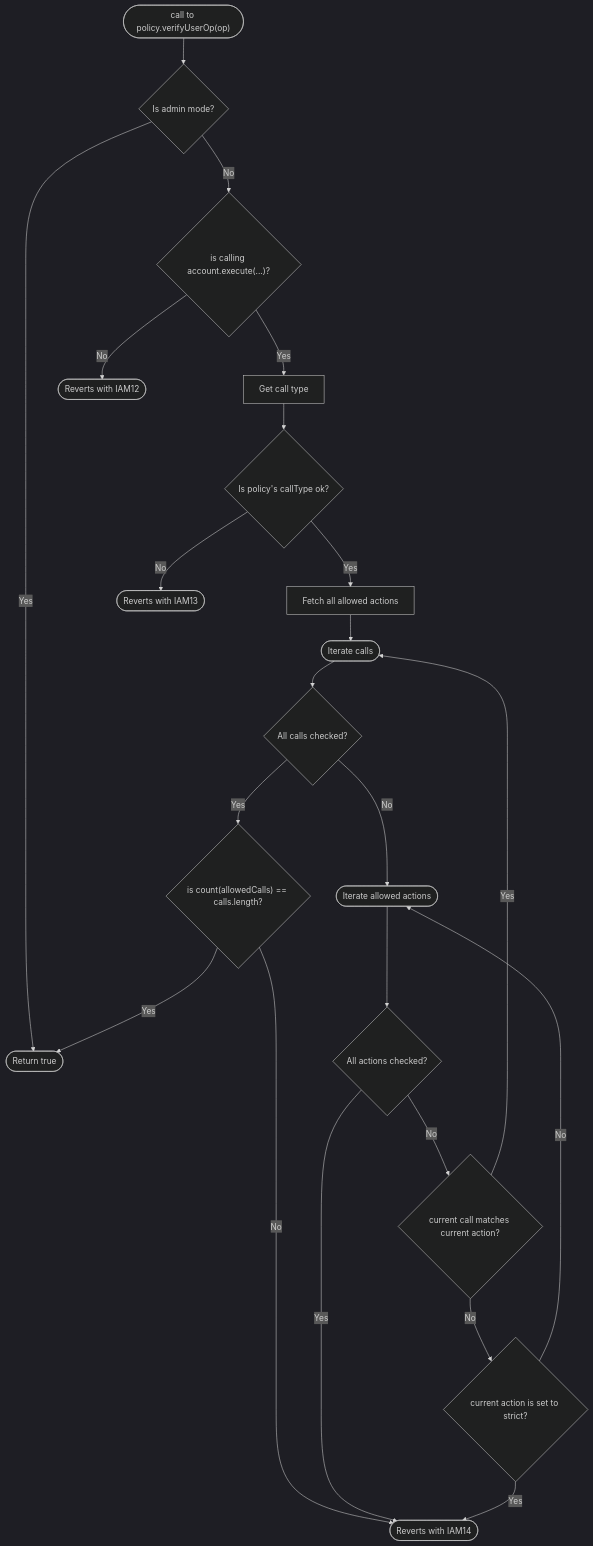
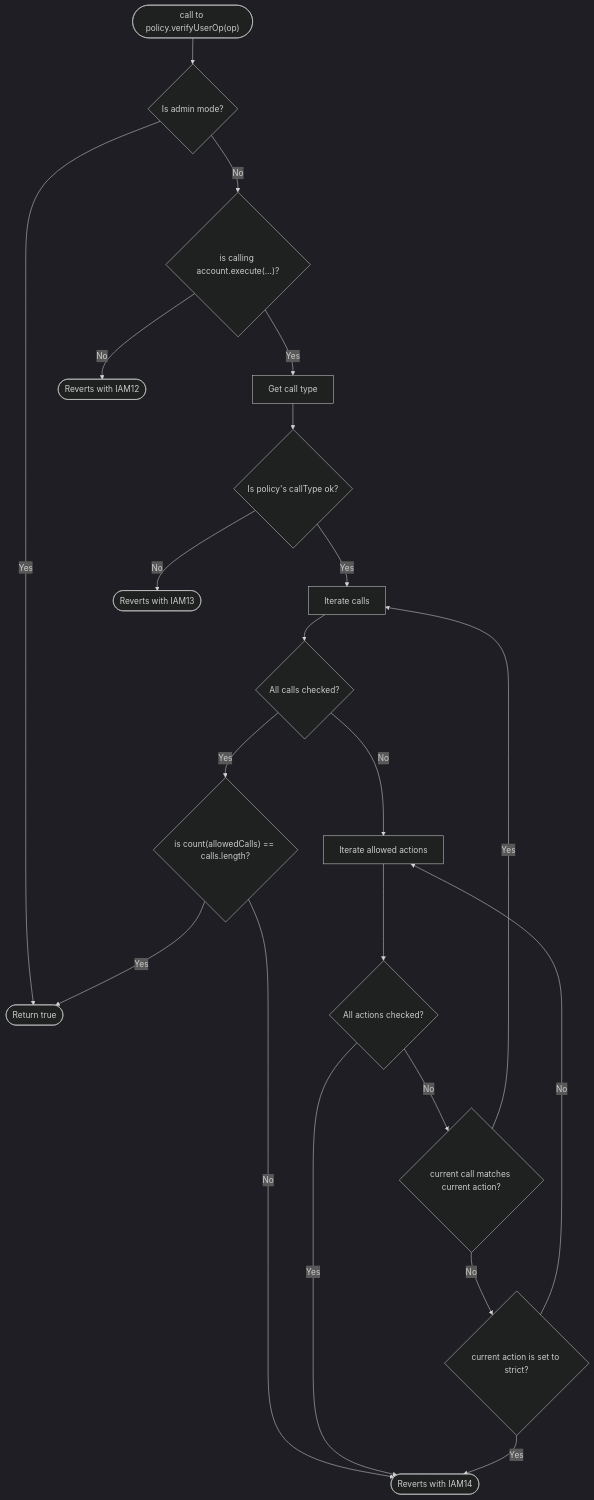
The second of 2 diagrams in README.md (stackup-wallet/accessctl), drawn with Mermaid (dark theme) before and after one commit. The commit also changed other lines of this file and 7 other files, not shown here.

````diff
--- a/README.md
+++ b/README.md
@@ -153,24 +153,23 @@
 ```mermaid
 flowchart TD
     start(["call to policy.verifyUserOp(op)"])-->isAdmin{Is admin mode?}
     isAdmin-->|Yes|ok([Return true])
     isAdmin-->|No|isExec{"is calling account.execute(...)?"}
     isExec-->|Yes|getCallType["Get call type"]
     isExec-->|No|iam12([Reverts with IAM12])
     getCallType-->isCallTypeOk{"Is policy's callType ok?"}
-    isCallTypeOk-->|Yes|hydrateActions[Fetch all allowed actions]
+    isCallTypeOk-->|Yes|iterateCalls[Iterate calls]
     isCallTypeOk-->|No|iam13([Reverts with IAM13])
-    hydrateActions-->iterateCalls([Iterate calls])
     iterateCalls-->isLastCall{All calls checked?}
     isLastCall-->|Yes|allCallsOk{"is count(allowedCalls) == calls.length?"}
     allCallsOk-->|Yes|ok
     allCallsOk-->|No|iam14([Reverts with IAM14])
-    isLastCall-->|No|iterateActions([Iterate allowed actions])
+    isLastCall-->|No|iterateActions[Iterate allowed actions]
     iterateActions-->isLastAction{All actions checked?}
     isLastAction-->|Yes|iam14
     isLastAction-->|No|isCallActionMatch{current call matches current action?}
     isCallActionMatch-->|No|isStrictMode{current action is set to strict?}
     isStrictMode-->|Yes|iam14
     isStrictMode-->|No|iterateActions
     isCallActionMatch-->|Yes|iterateCalls
 ```
````
